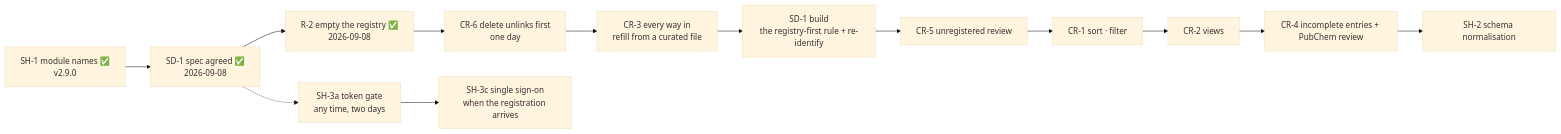
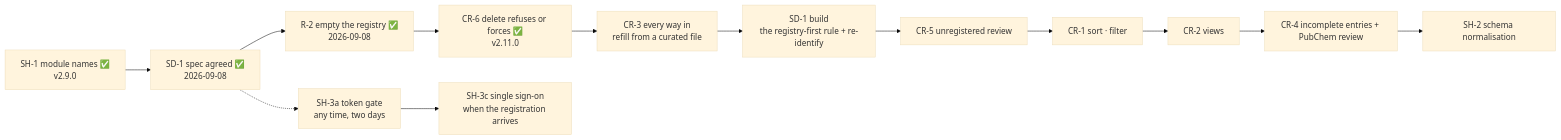
The diagram in docs/05-roadmap.md (akannan2987/nr-nips-crucible), drawn with Mermaid (base theme) before and after one commit. The commit also changed other lines of this file and 21 other files, not shown here.

First line of the commit message:
Refuse to delete a compound with linked rows; unlink first when forced

````diff
--- a/docs/05-roadmap.md
+++ b/docs/05-roadmap.md
@@ -195,12 +195,12 @@
 ```mermaid
 flowchart LR
     SH1["SH-1 module names ✅<br/>v2.9.0"] --> SD1s["SD-1 spec agreed ✅<br/>2026-09-08"]
     SD1s --> R2["R-2 empty the registry ✅<br/>2026-09-08"]
-    R2 --> CR6["CR-6 delete unlinks first<br/>one day"] --> CR3["CR-3 every way in<br/>refill from a curated file"]
+    R2 --> CR6["CR-6 delete refuses or forces ✅<br/>v2.11.0"] --> CR3["CR-3 every way in<br/>refill from a curated file"]
     CR3 --> SD1["SD-1 build<br/>the registry-first rule + re-identify"]
     SD1 --> CR5["CR-5 unregistered review"]
     CR5 --> CR1["CR-1 sort · filter"] --> CR2["CR-2 views"]
     CR2 --> CR4["CR-4 incomplete entries + PubChem review"]
     CR4 --> SH2["SH-2 schema normalisation"]
     SD1s -.-> SH3a["SH-3a token gate<br/>any time, two days"] --> SH3c["SH-3c single sign-on<br/>when the registration arrives"]
 ```
````
